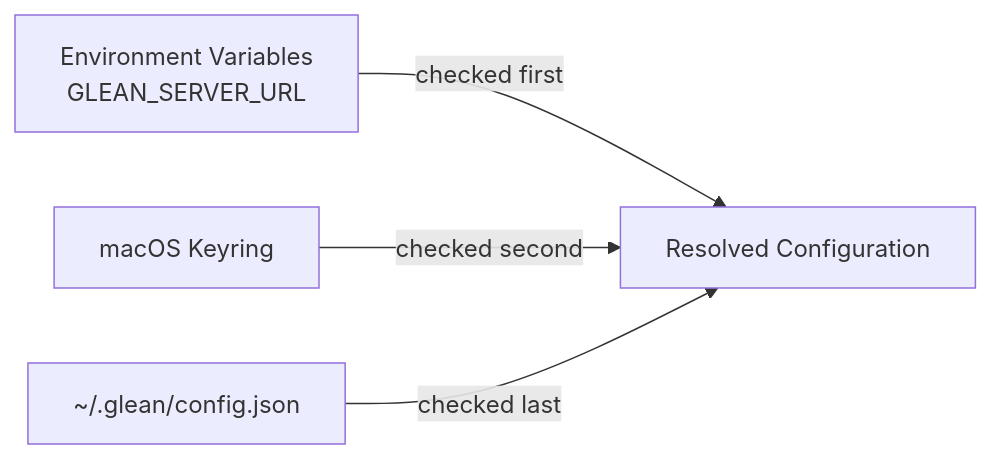
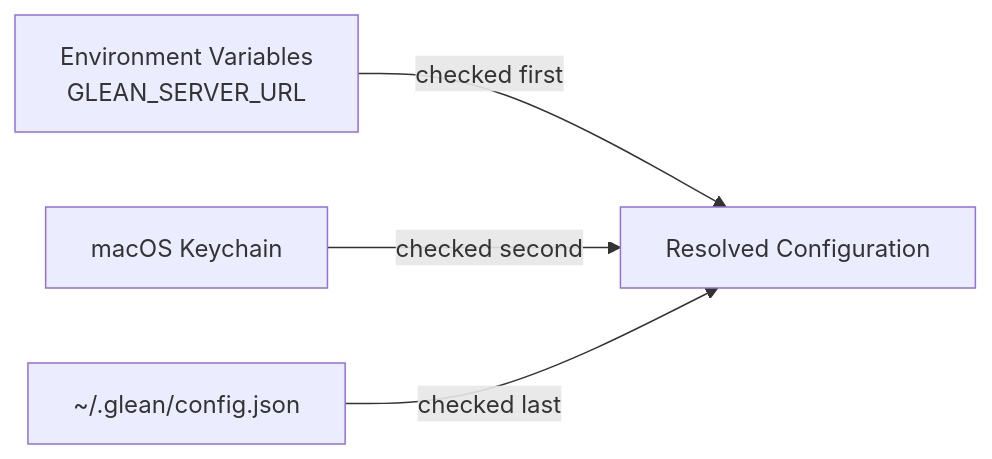
One commit to faizhasim/glean-search changed the diagram in docs/reference/configuration.md. Above: the diagram before and after it, drawn with Mermaid. The commit also changed other lines of this file and 47 other files, not shown here.

First line of the commit message:
docs: nord theme, C4 architecture, grid cards, dash fixes

````diff
--- a/docs/reference/configuration.md
+++ b/docs/reference/configuration.md
@@ -5,6 +5,6 @@
 ```mermaid
 flowchart LR
     EV[Environment Variables<br/>GLEAN_SERVER_URL] -->|checked first| RESOLVED[Resolved Configuration]
-    KR[macOS Keyring] -->|checked second| RESOLVED
+    KR[macOS Keychain] -->|checked second| RESOLVED
     CFG[~/.glean/config.json] -->|checked last| RESOLVED
 ```
````
